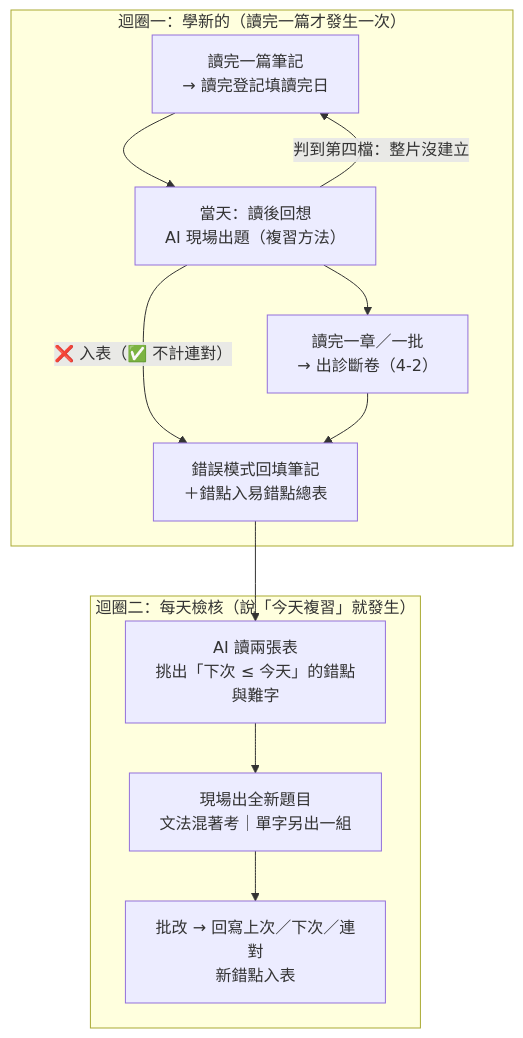
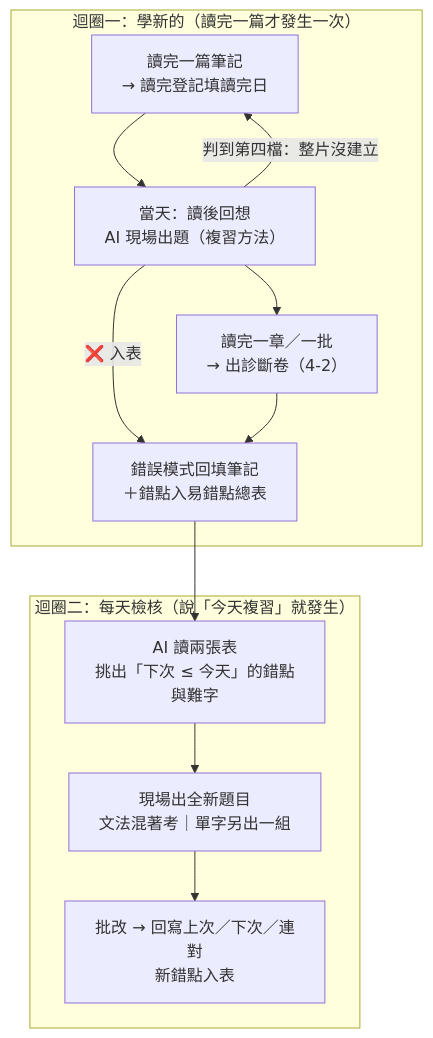
One commit to aquariusCCA/english-learning-system changed the first of 2 diagrams in 00 使用說明與範本/使用說明.md. Above: the diagram before and after it, drawn with Mermaid. The commit also changed other lines of this file and 5 other files, not shown here.

````diff
--- a/00 使用說明與範本/使用說明.md
+++ b/00 使用說明與範本/使用說明.md
@@ -134,15 +134,15 @@
 ```mermaid
 flowchart TB
     subgraph L1["迴圈一：學新的（讀完一篇才發生一次）"]
         A["讀完一篇筆記<br>→ 讀完登記填讀完日"] --> A2["當天：讀後回想<br>AI 現場出題（複習方法）"]
         A2 -->|"判到第四檔：整片沒建立"| A
-        A2 -->|"❌ 入表（✅ 不計連對）"| C
+        A2 -->|"❌ 入表"| C
         A2 --> B["讀完一章／一批<br>→ 出診斷卷（4-2）"]
         B --> C["錯誤模式回填筆記<br>＋錯點入易錯點總表"]
     end
     subgraph L2["迴圈二：每天檢核（說「今天複習」就發生）"]
         D["AI 讀兩張表<br>挑出「下次 ≤ 今天」的錯點與難字"] --> E["現場出全新題目<br>文法混著考｜單字另出一組"]
         E --> F["批改 → 回寫上次／下次／連對<br>新錯點入表"]
     end
     C --> D
 ```
````
